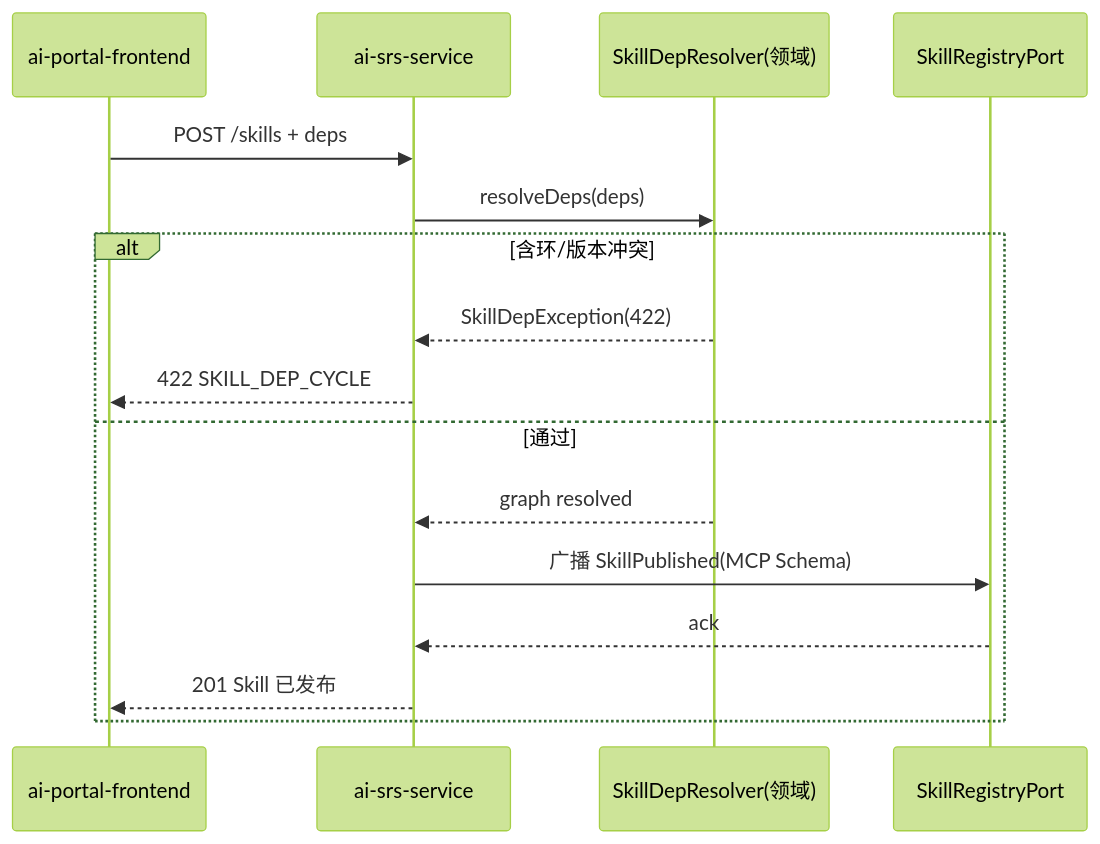
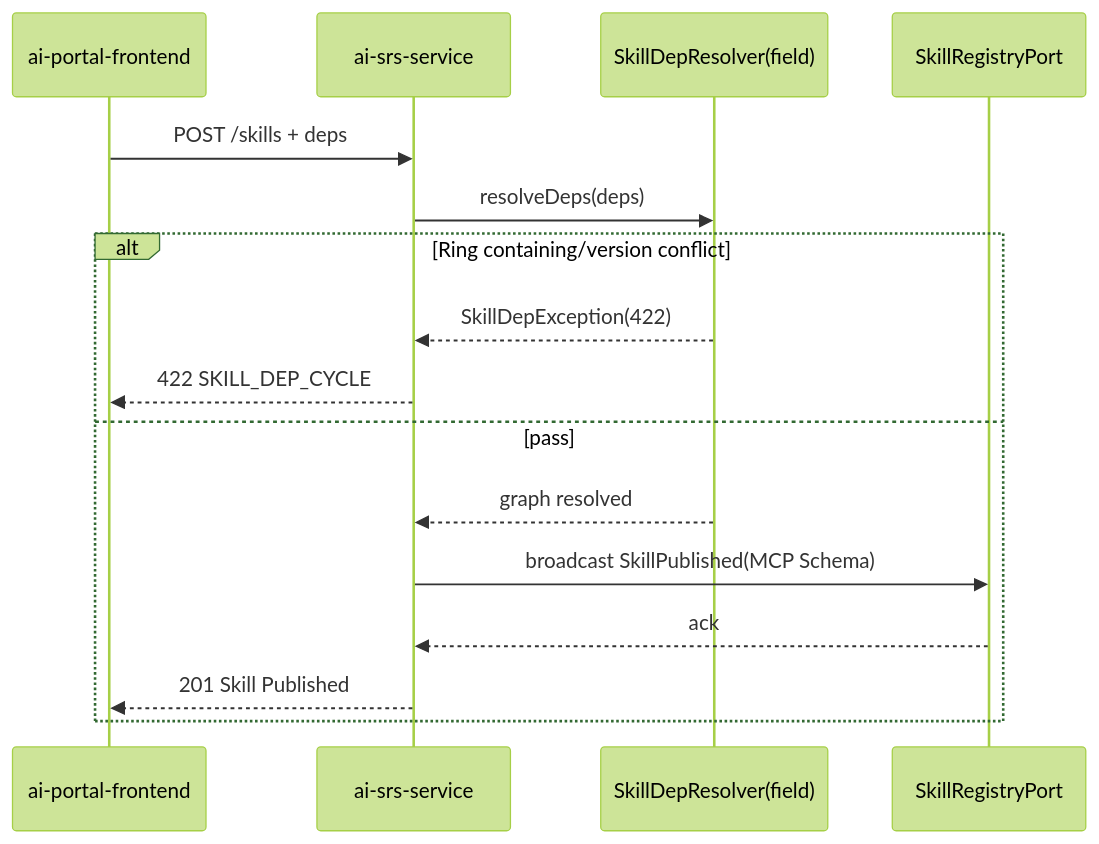
One commit to open-strata-ai/ai-srs-service changed the fifth of 5 diagrams in design/DESIGN.md. Above: the diagram before and after it, drawn with Mermaid (forest theme). The commit also changed other lines of this file and 9 other files, not shown here.

Commit message:
docs: refinement pass — de-version umbrella doc, renumber §15 after §15.4 removal, drop _zh twins, clean references, restructure ADR dir

````diff
--- a/design/DESIGN.md
+++ b/design/DESIGN.md
@@ -320,18 +320,18 @@
 ```mermaid
 sequenceDiagram
     participant PF as ai-portal-frontend
     participant SRS as ai-srs-service
-    participant DOM as SkillDepResolver(领域)
+    participant DOM as SkillDepResolver(field)
     participant REG as SkillRegistryPort
     PF->>SRS: POST /skills + deps
     SRS->>DOM: resolveDeps(deps)
-    alt 含环/版本冲突
+    alt Ring containing/version conflict
         DOM-->>SRS: SkillDepException(422)
         SRS-->>PF: 422 SKILL_DEP_CYCLE
-    else 通过
+    else pass
         DOM-->>SRS: graph resolved
-        SRS->>REG: 广播 SkillPublished(MCP Schema)
+        SRS->>REG: broadcast SkillPublished(MCP Schema)
         REG-->>SRS: ack
-        SRS-->>PF: 201 Skill 已发布
+        SRS-->>PF: 201 Skill Published
     end
 ```
````
